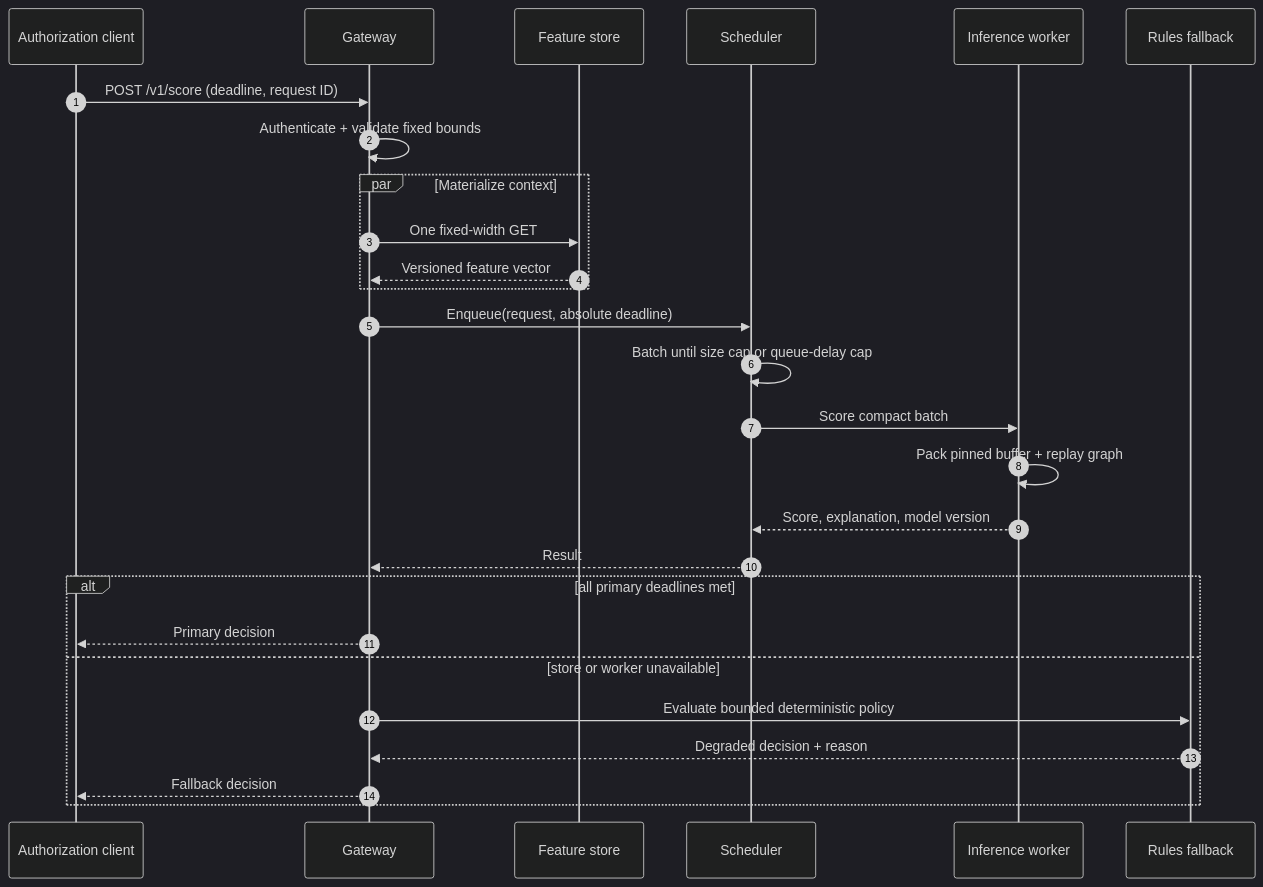
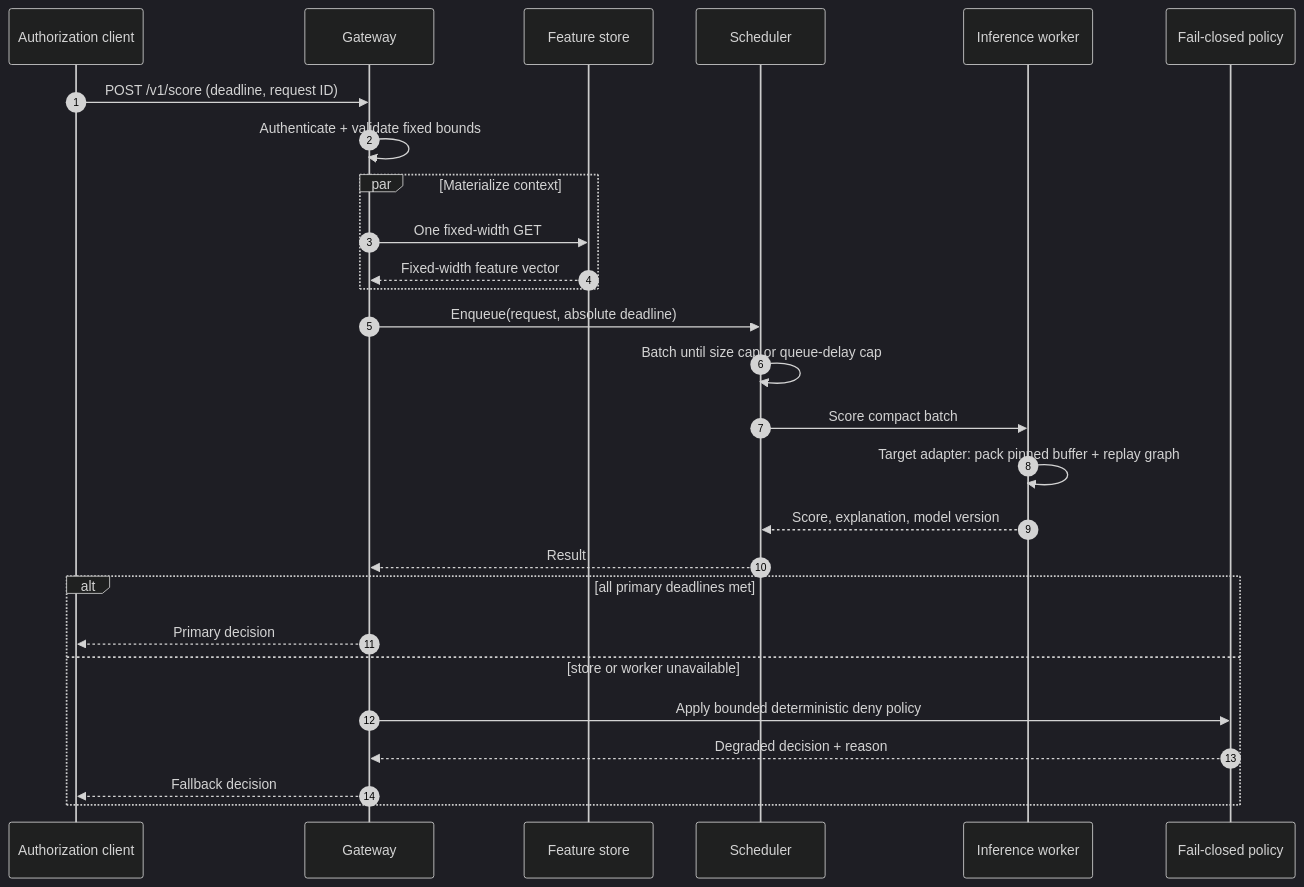
The diagram in docs/architecture/hot_path_sequence.md (pranavkkp4/Distributed-Fraud-Detection), drawn with Mermaid (dark theme) before and after one commit. The commit also changed other lines of this file and 37 other files, not shown here.

````diff
--- a/docs/architecture/hot_path_sequence.md
+++ b/docs/architecture/hot_path_sequence.md
@@ -3,30 +8,30 @@
 ```mermaid
 sequenceDiagram
     autonumber
     participant C as Authorization client
     participant G as Gateway
     participant F as Feature store
     participant S as Scheduler
     participant W as Inference worker
-    participant R as Rules fallback
+    participant R as Fail-closed policy
 
     C->>G: POST /v1/score (deadline, request ID)
     G->>G: Authenticate + validate fixed bounds
     par Materialize context
       G->>F: One fixed-width GET
-      F-->>G: Versioned feature vector
+      F-->>G: Fixed-width feature vector
     end
     G->>S: Enqueue(request, absolute deadline)
     S->>S: Batch until size cap or queue-delay cap
     S->>W: Score compact batch
-    W->>W: Pack pinned buffer + replay graph
+    W->>W: Target adapter: pack pinned buffer + replay graph
     W-->>S: Score, explanation, model version
     S-->>G: Result
     alt all primary deadlines met
       G-->>C: Primary decision
     else store or worker unavailable
-      G->>R: Evaluate bounded deterministic policy
+      G->>R: Apply bounded deterministic deny policy
       R-->>G: Degraded decision + reason
       G-->>C: Fallback decision
     end
 ```
````
